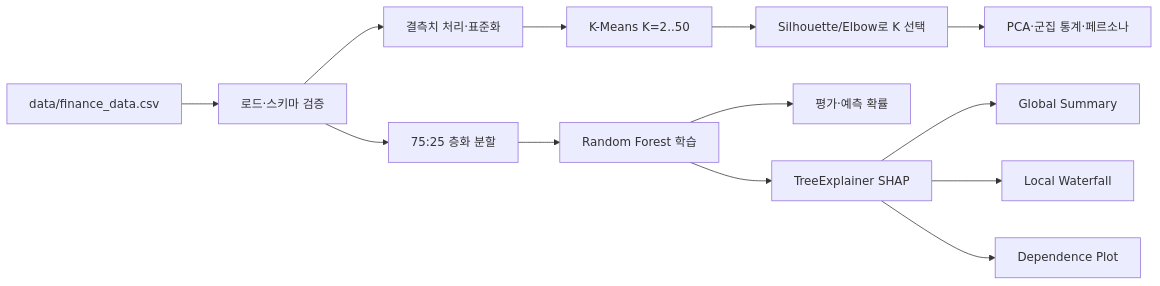
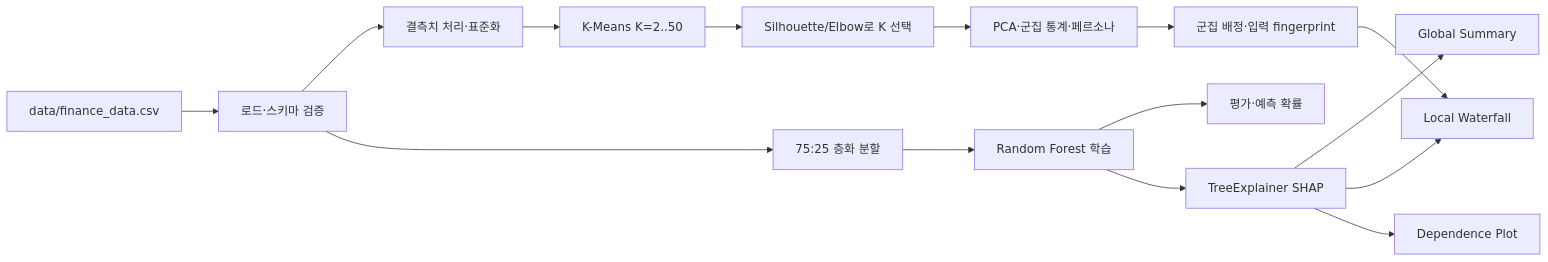
Before and after one commit to shannonlee-dev/customer-risk-explainability-pipeline: the diagram in README.md, drawn with Mermaid. The commit also changed other lines of this file and 21 other files, not shown here.

````diff
--- a/README.md
+++ b/README.md
@@ -16,15 +25,17 @@
 ```mermaid
 flowchart LR
     A[data/finance_data.csv] --> B[로드·스키마 검증]
     B --> C[결측치 처리·표준화]
     C --> D[K-Means K=2..50]
     D --> E[Silhouette/Elbow로 K 선택]
     E --> F[PCA·군집 통계·페르소나]
     B --> G[75:25 층화 분할]
     G --> H[Random Forest 학습]
     H --> I[평가·예측 확률]
     H --> J[TreeExplainer SHAP]
     J --> K[Global Summary]
     J --> L[Local Waterfall]
     J --> M[Dependence Plot]
+    F --> N[군집 배정·입력 fingerprint]
+    N --> L
 ```
````
